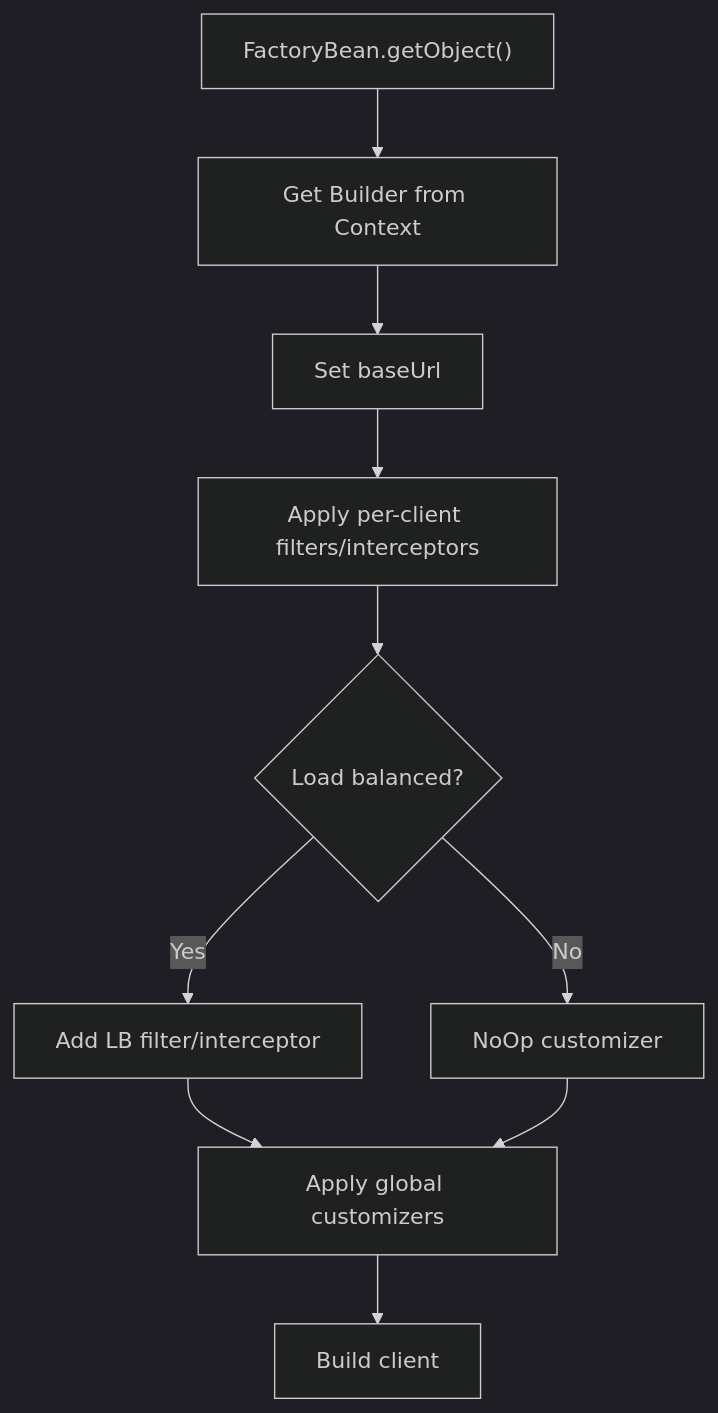
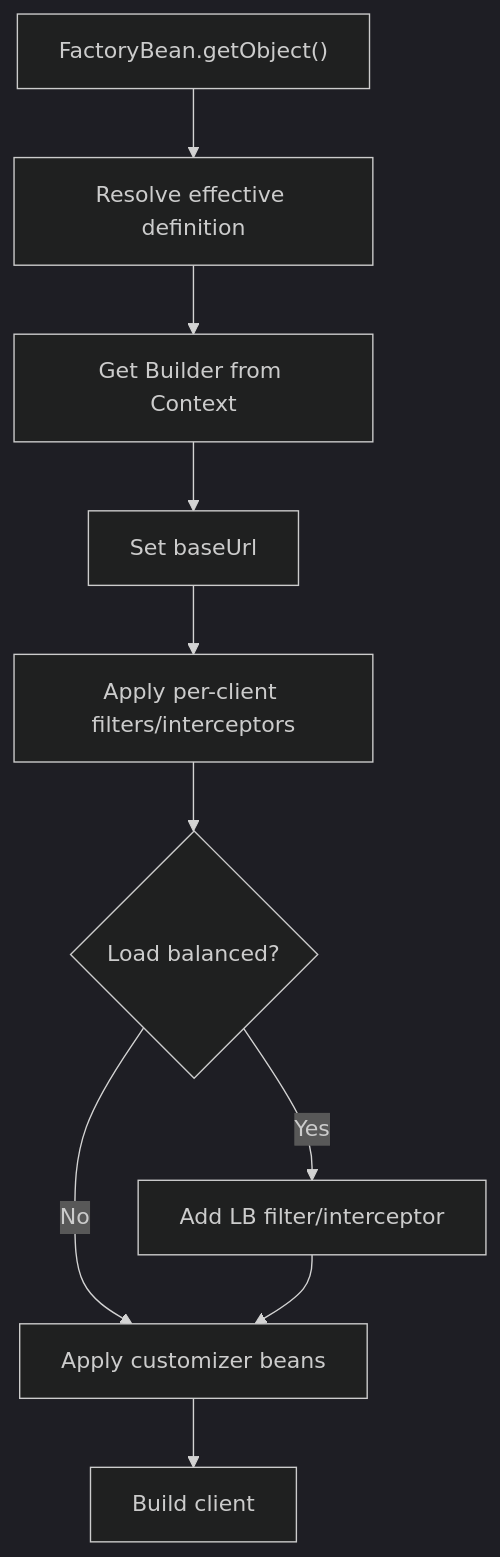
The third of 3 diagrams in wiki/deep-dive/customization.md (Ahoo-Wang/CoApi), drawn with Mermaid (dark theme) before and after one commit. The commit also changed other lines of this file and 45 other files, not shown here.

First line of the commit message:
feat!: v3 client architecture (#320)

````diff
--- a/wiki/deep-dive/customization.md
+++ b/wiki/deep-dive/customization.md
@@ -106,13 +115,13 @@
 ```mermaid
 flowchart TD
-    A["FactoryBean.getObject()"] --> B["Get Builder from Context"]
+    A["FactoryBean.getObject()"] --> A2["Resolve effective definition"]
+    A2 --> B["Get Builder from Context"]
     B --> C[Set baseUrl]
     C --> D[Apply per-client filters/interceptors]
     D --> E{Load balanced?}
     E -->|Yes| F[Add LB filter/interceptor]
-    E -->|No| G[NoOp customizer]
-    F --> H[Apply global customizers]
-    G --> H
+    E -->|No| H[Apply customizer beans]
+    F --> H
     H --> I[Build client]
 
 ```
````
